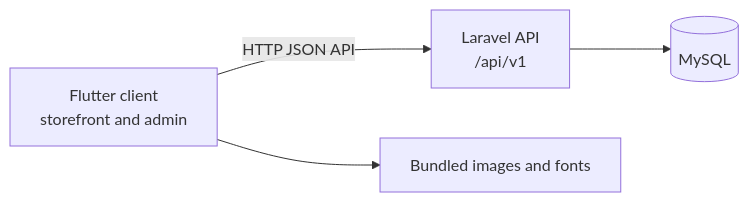
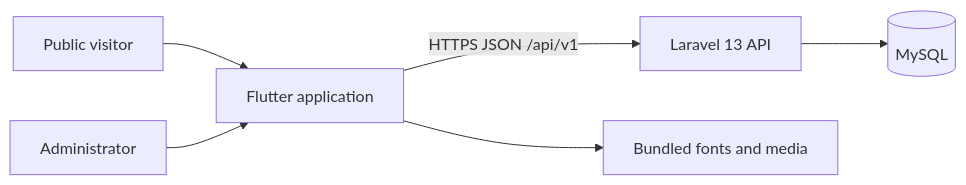
Before and after one commit to MiWorldorg/scup-shop: the first of 3 diagrams in docs/architecture.md, drawn with Mermaid. The commit also changed other lines of this file, not shown here.

Commit message:
docs(architecture): document Flutter and Laravel dependency boundaries

````diff
--- a/docs/architecture.md
+++ b/docs/architecture.md
@@ -5,6 +7,8 @@
 ```mermaid
 flowchart LR
-    Client[Flutter client<br/>storefront and admin] -->|HTTP JSON API| API[Laravel API<br/>/api/v1]
-    API --> DB[(MySQL)]
-    Client --> Assets[Bundled images and fonts]
+    Visitor[Public visitor] --> Flutter[Flutter application]
+    Admin[Administrator] --> Flutter
+    Flutter -->|HTTPS JSON /api/v1| Laravel[Laravel 13 API]
+    Laravel --> MySQL[(MySQL)]
+    Flutter --> Assets[Bundled fonts and media]
 ```
````
